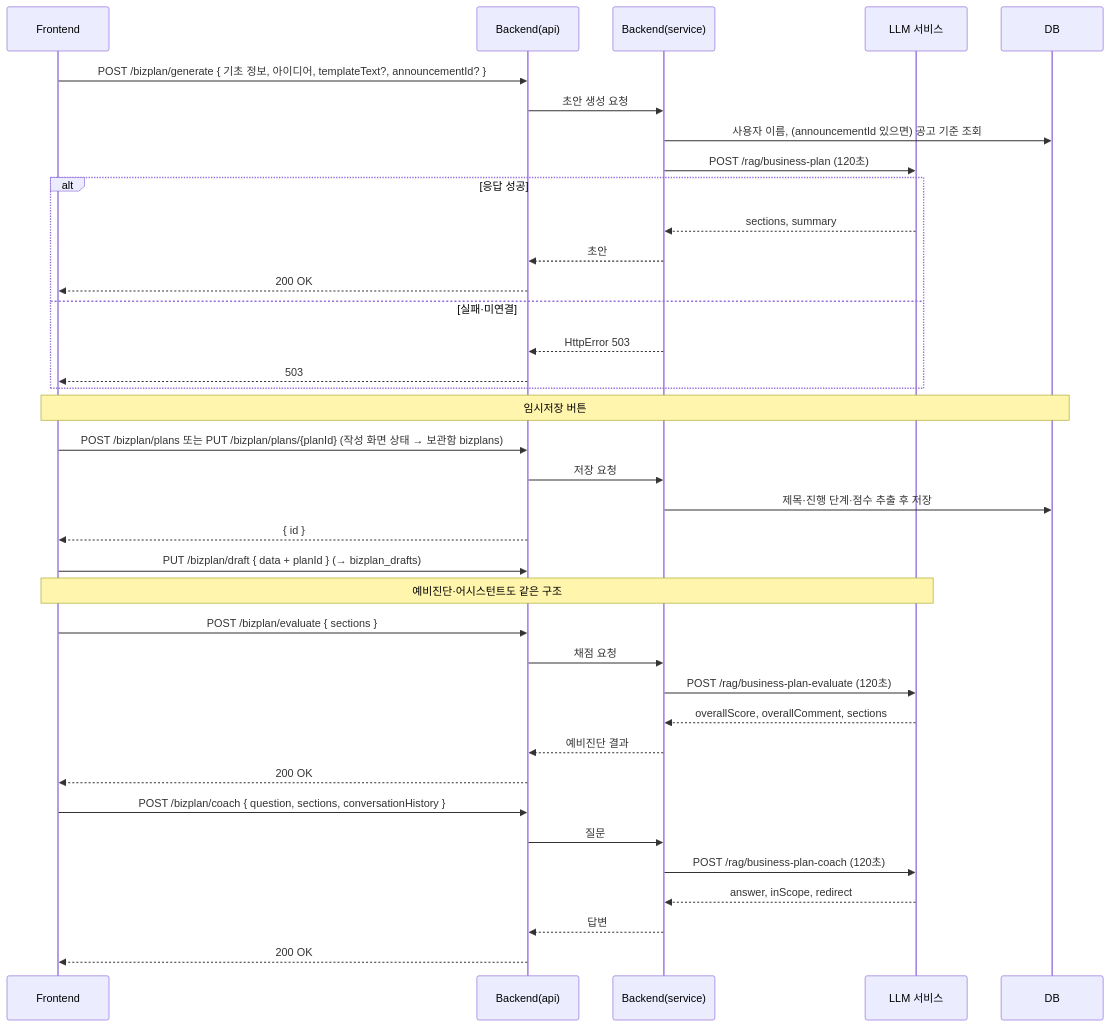
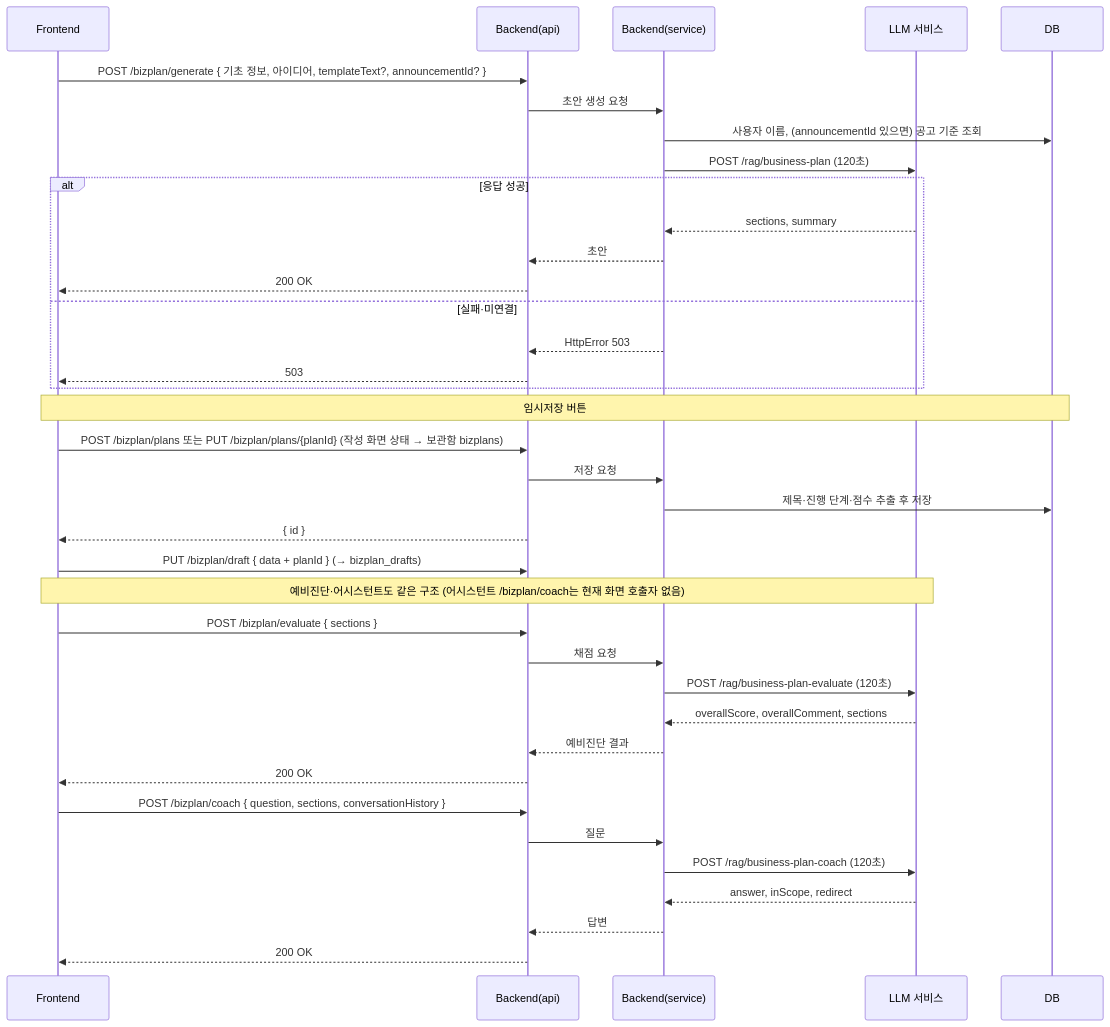
Before and after one commit to SKNETWORKS-FAMILY-AICAMP/SKN34-4th-3Team: the fifth of 7 diagrams in Docs/Design/SEQUENCE.md, drawn with Mermaid. The commit also changed other lines of this file and 20 other files, not shown here.

````diff
--- a/Docs/Design/SEQUENCE.md
+++ b/Docs/Design/SEQUENCE.md
@@ -166,41 +178,41 @@
 ```mermaid
 sequenceDiagram
     participant FE as Frontend
     participant API as Backend(api)
     participant SVC as Backend(service)
     participant LLM as LLM 서비스
     participant DB as DB
 
     FE->>API: POST /bizplan/generate { 기초 정보, 아이디어, templateText?, announcementId? }
     API->>SVC: 초안 생성 요청
     SVC->>DB: 사용자 이름, (announcementId 있으면) 공고 기준 조회
     SVC->>LLM: POST /rag/business-plan (120초)
     alt 응답 성공
         LLM-->>SVC: sections, summary
         SVC-->>API: 초안
         API-->>FE: 200 OK
     else 실패·미연결
         SVC-->>API: HttpError 503
         API-->>FE: 503
     end
     Note over FE,DB: 임시저장 버튼
     FE->>API: POST /bizplan/plans 또는 PUT /bizplan/plans/{planId} (작성 화면 상태 → 보관함 bizplans)
     API->>SVC: 저장 요청
     SVC->>DB: 제목·진행 단계·점수 추출 후 저장
     API-->>FE: { id }
     FE->>API: PUT /bizplan/draft { data + planId } (→ bizplan_drafts)
 
-    Note over FE,LLM: 예비진단·어시스턴트도 같은 구조
+    Note over FE,LLM: 예비진단·어시스턴트도 같은 구조 (어시스턴트 /bizplan/coach는 현재 화면 호출자 없음)
     FE->>API: POST /bizplan/evaluate { sections }
     API->>SVC: 채점 요청
     SVC->>LLM: POST /rag/business-plan-evaluate (120초)
     LLM-->>SVC: overallScore, overallComment, sections
     SVC-->>API: 예비진단 결과
     API-->>FE: 200 OK
     FE->>API: POST /bizplan/coach { question, sections, conversationHistory }
     API->>SVC: 질문
     SVC->>LLM: POST /rag/business-plan-coach (120초)
     LLM-->>SVC: answer, inScope, redirect
     SVC-->>API: 답변
     API-->>FE: 200 OK
 ```
````
